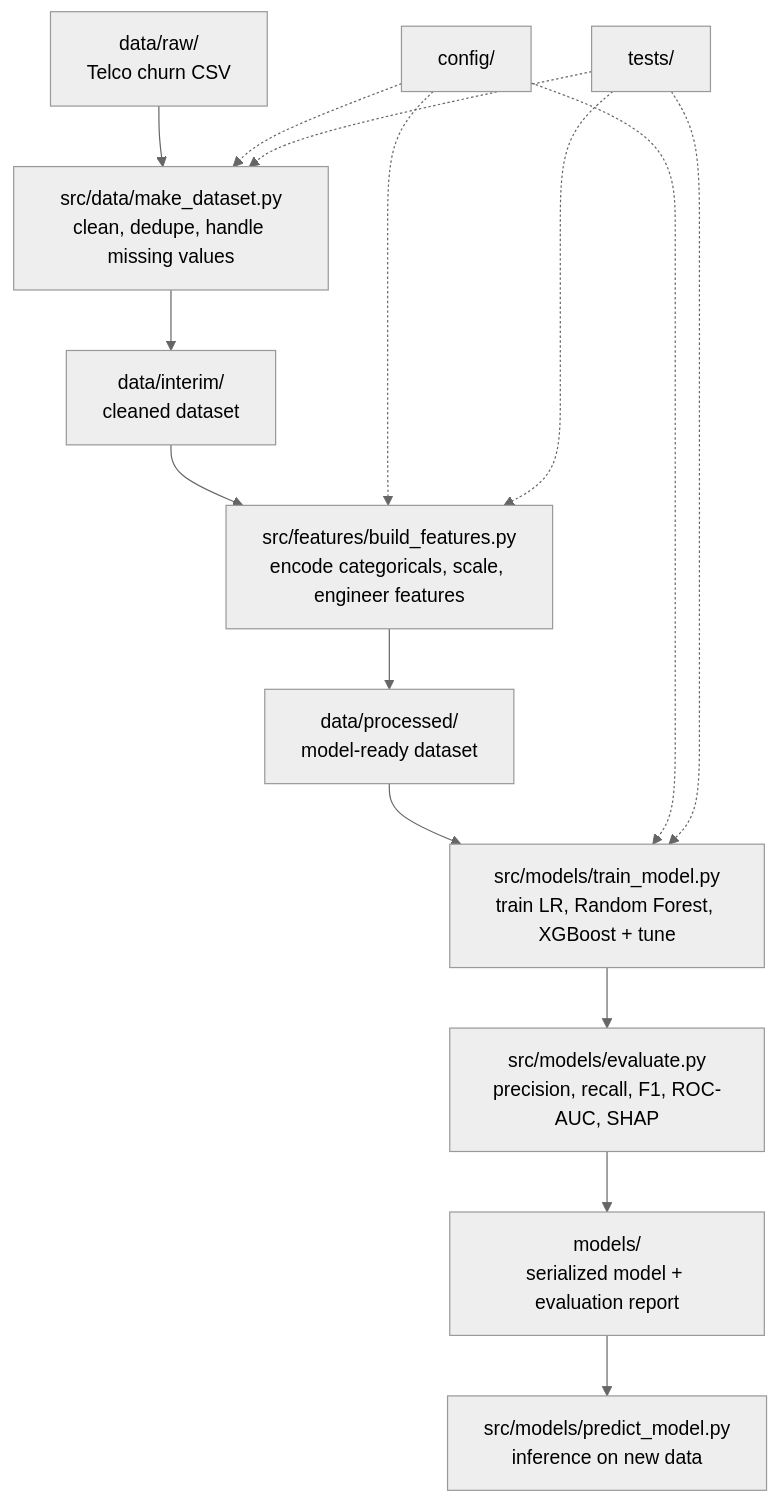
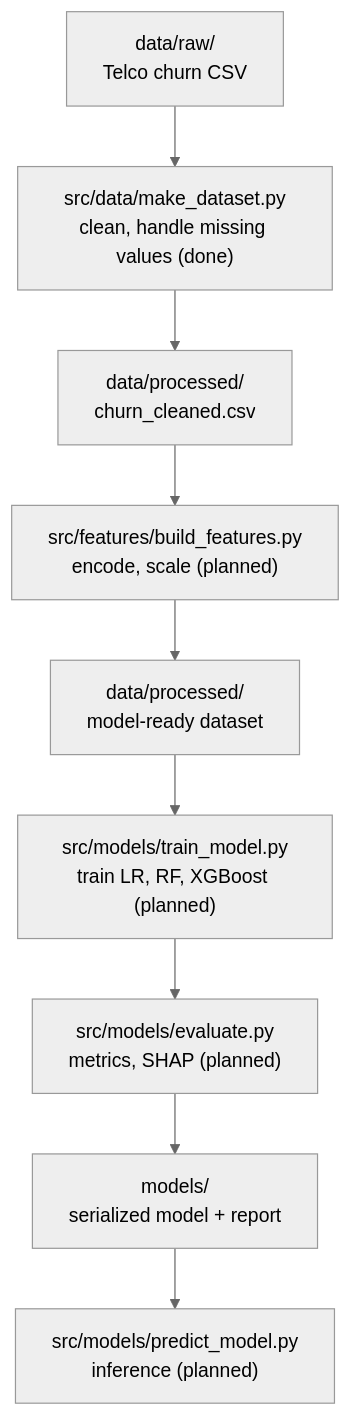
The diagram in docs/architecture/pipeline_overview.md (karanraj2008/churn-prediction), drawn with Mermaid (neutral theme) before and after one commit. The commit also changed other lines of this file, not shown here.

Commit message:
docs: update pipeline architecture diagram

````diff
--- a/docs/architecture/pipeline_overview.md
+++ b/docs/architecture/pipeline_overview.md
@@ -9,18 +13,11 @@
 ```mermaid
 flowchart TD
-    A[data/raw/<br/>Telco churn CSV] --> B[src/data/make_dataset.py<br/>clean, dedupe, handle missing values]
-    B --> C[data/interim/<br/>cleaned dataset]
-    C --> D[src/features/build_features.py<br/>encode categoricals, scale, engineer features]
-    D --> E[data/processed/<br/>model-ready dataset]
-    E --> F[src/models/train_model.py<br/>train LR, Random Forest, XGBoost + tune]
-    F --> G[src/models/evaluate.py<br/>precision, recall, F1, ROC-AUC, SHAP]
-    G --> H[models/<br/>serialized model + evaluation report]
-    H --> I[src/models/predict_model.py<br/>inference on new data]
-
-    J[config/] -.-> B
-    J -.-> D
-    J -.-> F
-    K[tests/] -.-> B
-    K -.-> D
-    K -.-> F
+    A[data/raw/<br/>Telco churn CSV] --> B["src/data/make_dataset.py<br/>clean, handle missing values (done)"]
+    B --> E[data/processed/<br/>churn_cleaned.csv]
+    E --> D["src/features/build_features.py<br/>encode, scale (planned)"]
+    D --> P[data/processed/<br/>model-ready dataset]
+    P --> F["src/models/train_model.py<br/>train LR, RF, XGBoost (planned)"]
+    F --> G["src/models/evaluate.py<br/>metrics, SHAP (planned)"]
+    G --> H[models/<br/>serialized model + report]
+    H --> I["src/models/predict_model.py<br/>inference (planned)"]
 ```
````
